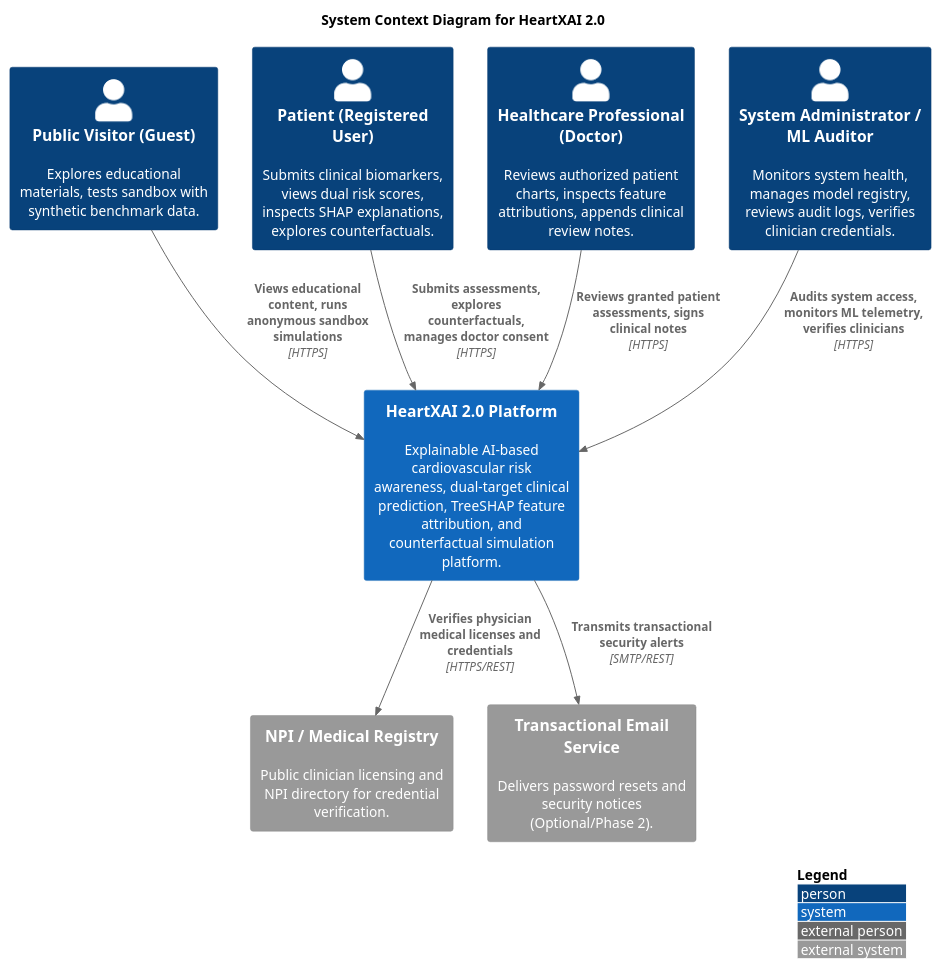
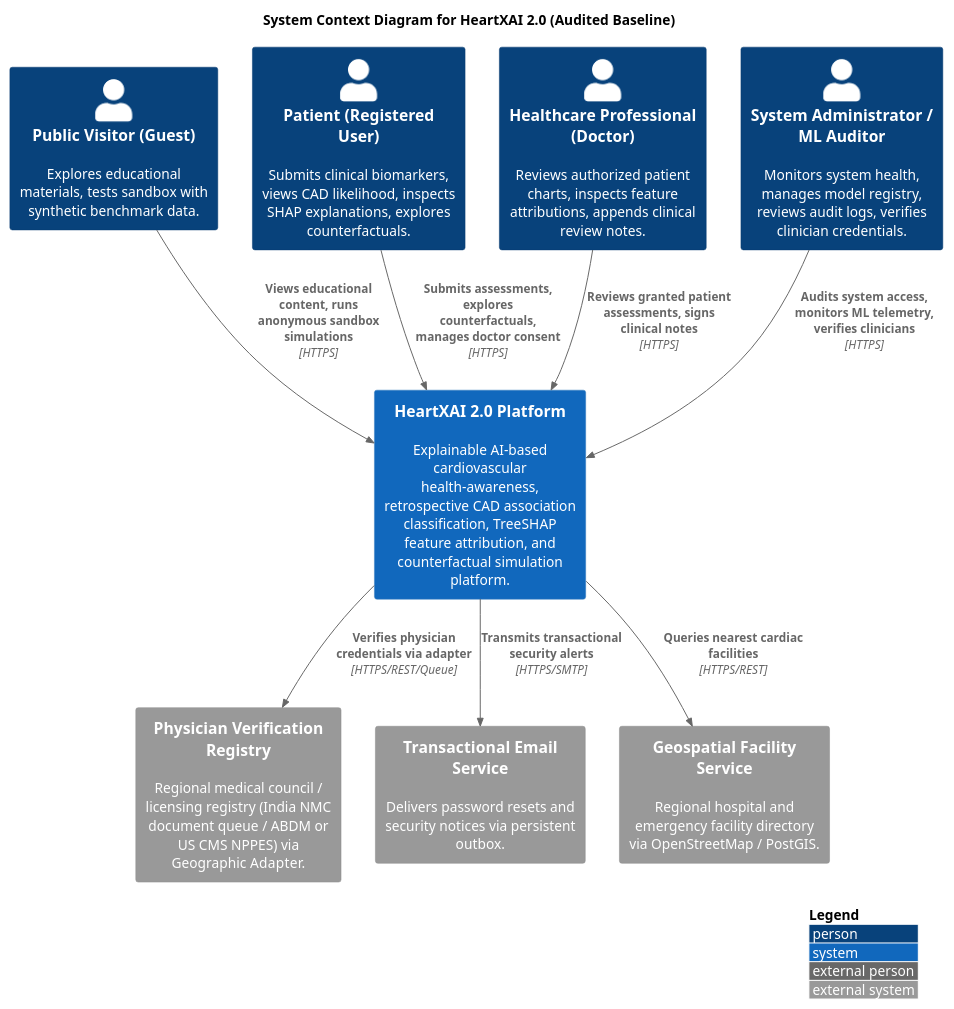
One commit to sandeep-kumar-270904/Heart-Disease-Risk-Prediction changed the diagram in docs/diagrams/c4_context.puml. Above: the diagram before and after it, drawn with PlantUML. The commit also changed 13 other files, not shown here.

Commit message:
docs(phase-3): remediate architecture review findings across geography, clinical bounds, database parity, and backup security

```diff
--- a/docs/diagrams/c4_context.puml
+++ b/docs/diagrams/c4_context.puml
@@ -1,26 +1,28 @@
 @startuml c4_system_context
 !include https://raw.githubusercontent.com/plantuml-stdlib/C4-PlantUML/master/C4_Context.puml
 
 LAYOUT_WITH_LEGEND()
 
-title System Context Diagram for HeartXAI 2.0
+title System Context Diagram for HeartXAI 2.0 (Audited Baseline)
 
 Person(guest, "Public Visitor (Guest)", "Explores educational materials, tests sandbox with synthetic benchmark data.")
-Person(patient, "Patient (Registered User)", "Submits clinical biomarkers, views dual risk scores, inspects SHAP explanations, explores counterfactuals.")
+Person(patient, "Patient (Registered User)", "Submits clinical biomarkers, views CAD likelihood, inspects SHAP explanations, explores counterfactuals.")
 Person(doctor, "Healthcare Professional (Doctor)", "Reviews authorized patient charts, inspects feature attributions, appends clinical review notes.")
 Person(admin, "System Administrator / ML Auditor", "Monitors system health, manages model registry, reviews audit logs, verifies clinician credentials.")
 
-System(heartxai, "HeartXAI 2.0 Platform", "Explainable AI-based cardiovascular risk awareness, dual-target clinical prediction, TreeSHAP feature attribution, and counterfactual simulation platform.")
+System(heartxai, "HeartXAI 2.0 Platform", "Explainable AI-based cardiovascular health-awareness, retrospective CAD association classification, TreeSHAP feature attribution, and counterfactual simulation platform.")
 
-System_Ext(cms_registry, "NPI / Medical Registry", "Public clinician licensing and NPI directory for credential verification.")
-System_Ext(email_service, "Transactional Email Service", "Delivers password resets and security notices (Optional/Phase 2).")
+System_Ext(medical_registry, "Physician Verification Registry", "Regional medical council / licensing registry (India NMC document queue / ABDM or US CMS NPPES) via Geographic Adapter.")
+System_Ext(email_service, "Transactional Email Service", "Delivers password resets and security notices via persistent outbox.")
+System_Ext(geo_service, "Geospatial Facility Service", "Regional hospital and emergency facility directory via OpenStreetMap / PostGIS.")
 
 Rel(guest, heartxai, "Views educational content, runs anonymous sandbox simulations", "HTTPS")
 Rel(patient, heartxai, "Submits assessments, explores counterfactuals, manages doctor consent", "HTTPS")
 Rel(doctor, heartxai, "Reviews granted patient assessments, signs clinical notes", "HTTPS")
 Rel(admin, heartxai, "Audits system access, monitors ML telemetry, verifies clinicians", "HTTPS")
 
-Rel(heartxai, cms_registry, "Verifies physician medical licenses and credentials", "HTTPS/REST")
-Rel(heartxai, email_service, "Transmits transactional security alerts", "SMTP/REST")
+Rel(heartxai, medical_registry, "Verifies physician credentials via adapter", "HTTPS/REST/Queue")
+Rel(heartxai, email_service, "Transmits transactional security alerts", "HTTPS/SMTP")
+Rel(heartxai, geo_service, "Queries nearest cardiac facilities", "HTTPS/REST")
 
 @enduml
```
